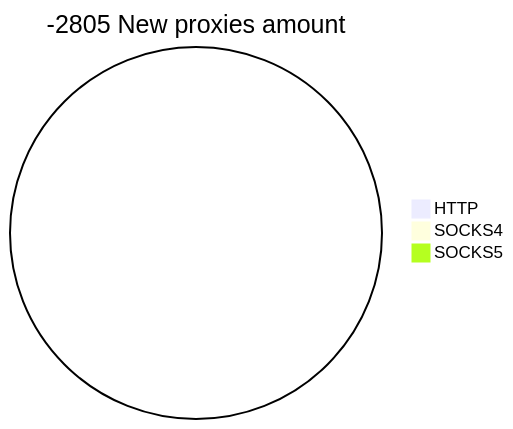
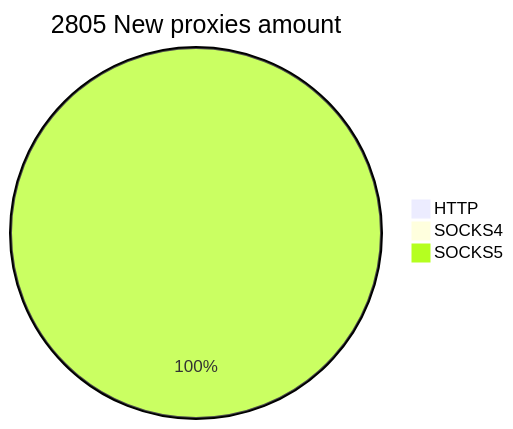
One commit to cutipu/proxylist changed the second of 2 diagrams in README.md. Above: the diagram before and after it, drawn with Mermaid. The commit also changed other lines of this file, not shown here.

````diff
--- a/README.md
+++ b/README.md
@@ -10,6 +10,6 @@
 ```mermaid
-pie title -2805 New proxies amount
+pie title 2805 New proxies amount
     "HTTP" : 0
     "SOCKS4" : 0
-    "SOCKS5" : 0
+    "SOCKS5" : 2805
 ```
````
